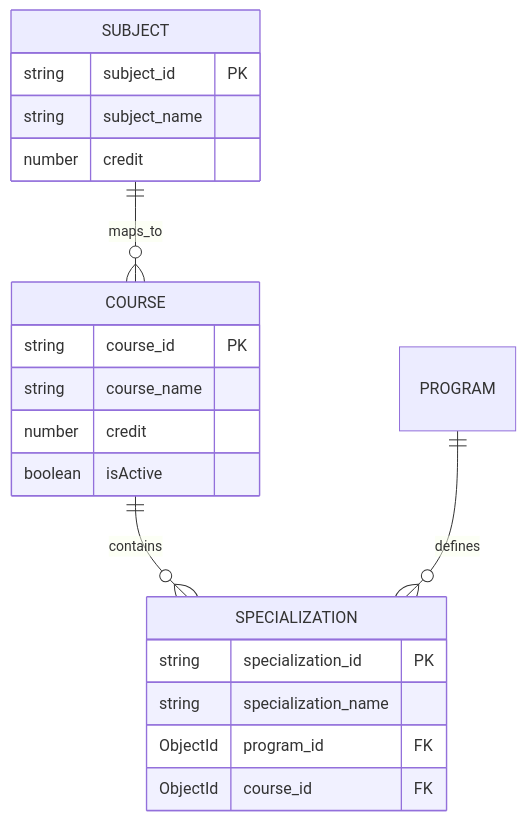
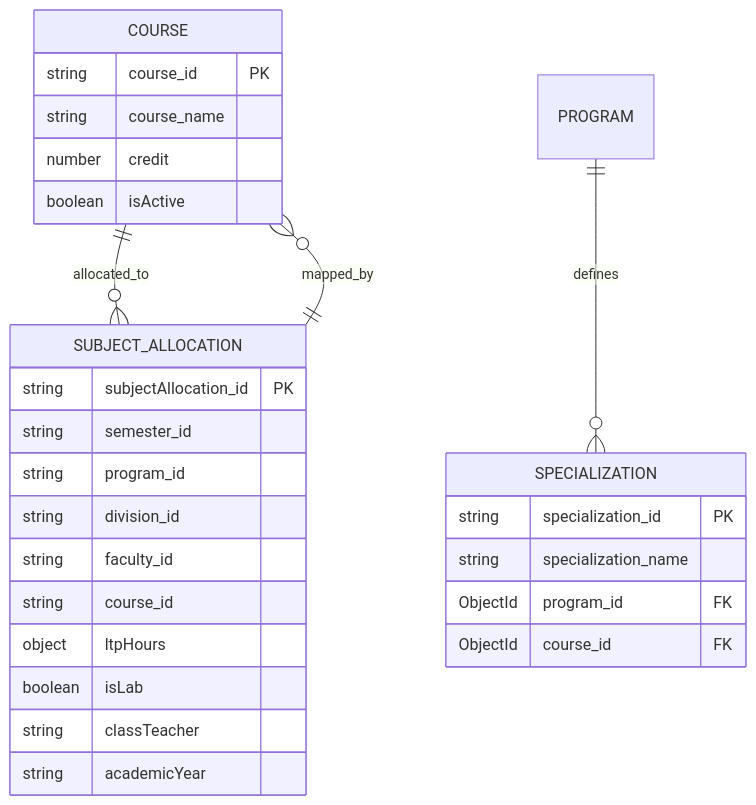
One commit to Aryan9060/Timetable-Project changed the fifth of 6 diagrams in .qoder/repowiki/en/content/API Reference/Master Data Endpoints/Course & Subject Management Endpoints.md. Above: the diagram before and after it, drawn with Mermaid. The commit also changed other lines of this file and 15 other files, not shown here.

````diff
--- a/.qoder/repowiki/en/content/API Reference/Master Data Endpoints/Course & Subject Management Endpoints.md
+++ b/.qoder/repowiki/en/content/API Reference/Master Data Endpoints/Course & Subject Management Endpoints.md
@@ -415,23 +474,30 @@
 ```mermaid
 erDiagram
 COURSE {
 string course_id PK
 string course_name
 number credit
 boolean isActive
 }
-SUBJECT {
-string subject_id PK
-string subject_name
-number credit
+SUBJECT_ALLOCATION {
+string subjectAllocation_id PK
+string semester_id
+string program_id
+string division_id
+string faculty_id
+string course_id
+object ltpHours
+boolean isLab
+string classTeacher
+string academicYear
 }
 SPECIALIZATION {
 string specialization_id PK
 string specialization_name
 ObjectId program_id FK
 ObjectId course_id FK
 }
-COURSE ||--o{ SPECIALIZATION : "contains"
-SUBJECT ||--o{ COURSE : "maps_to"
+COURSE ||--o{ SUBJECT_ALLOCATION : "allocated_to"
+SUBJECT_ALLOCATION ||--o{ COURSE : "mapped_by"
 PROGRAM ||--o{ SPECIALIZATION : "defines"
 ```
````
